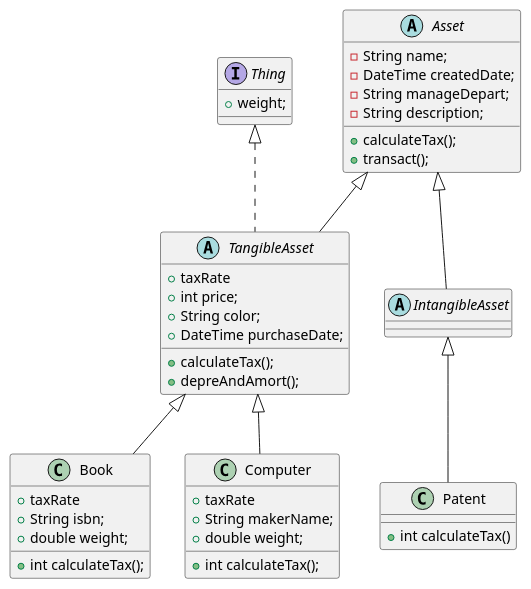
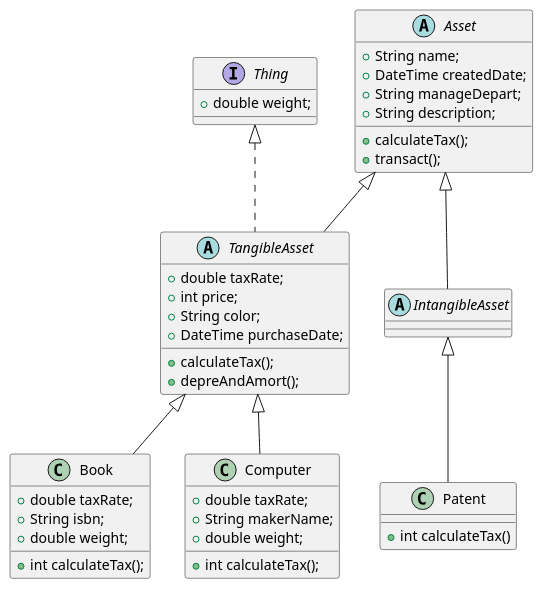
One commit to okstring/modu-3-dart-study changed the diagram in lib/2025-03-19/daily_uml.puml. Above: the diagram before and after it, drawn with PlantUML.

Commit message:
write: UML 누락 세미콜론 수정

```diff
--- a/lib/2025-03-19/daily_uml.puml
+++ b/lib/2025-03-19/daily_uml.puml
@@ -1,46 +1,46 @@
 @startuml
 
 abstract class Asset {
-  - String name;
-  - DateTime createdDate;
-  - String manageDepart;
-  - String description;
+  + String name;
+  + DateTime createdDate;
+  + String manageDepart;
+  + String description;
   + calculateTax();
   + transact();
 }
 
 interface Thing {
-  + weight;
+  + double weight;
 }
 
 abstract class TangibleAsset extends Asset implements Thing {
-  + taxRate
+  + double taxRate;
   + int price;
   + String color;
   + DateTime purchaseDate;
   + calculateTax();
   + depreAndAmort();
 }
 
 class Book extends TangibleAsset {
-  + taxRate
+  + double taxRate;
   + String isbn;
   + double weight;
   + int calculateTax();
 }
 
 class Computer extends TangibleAsset {
-  + taxRate
+  + double taxRate;
   + String makerName;
   + double weight;
 
   + int calculateTax();
 }
 
 abstract class IntangibleAsset extends Asset { }
 
 class Patent extends IntangibleAsset {
   + int calculateTax()
  }
 
 @enduml
```
